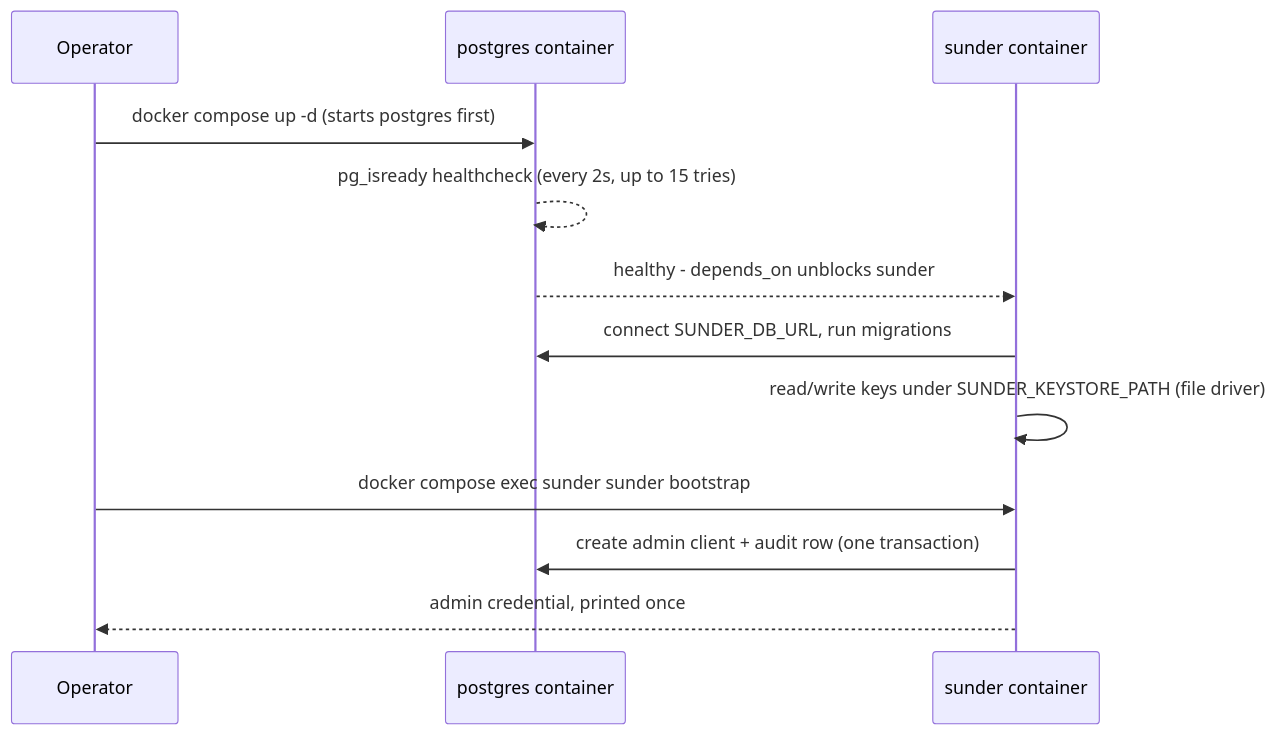
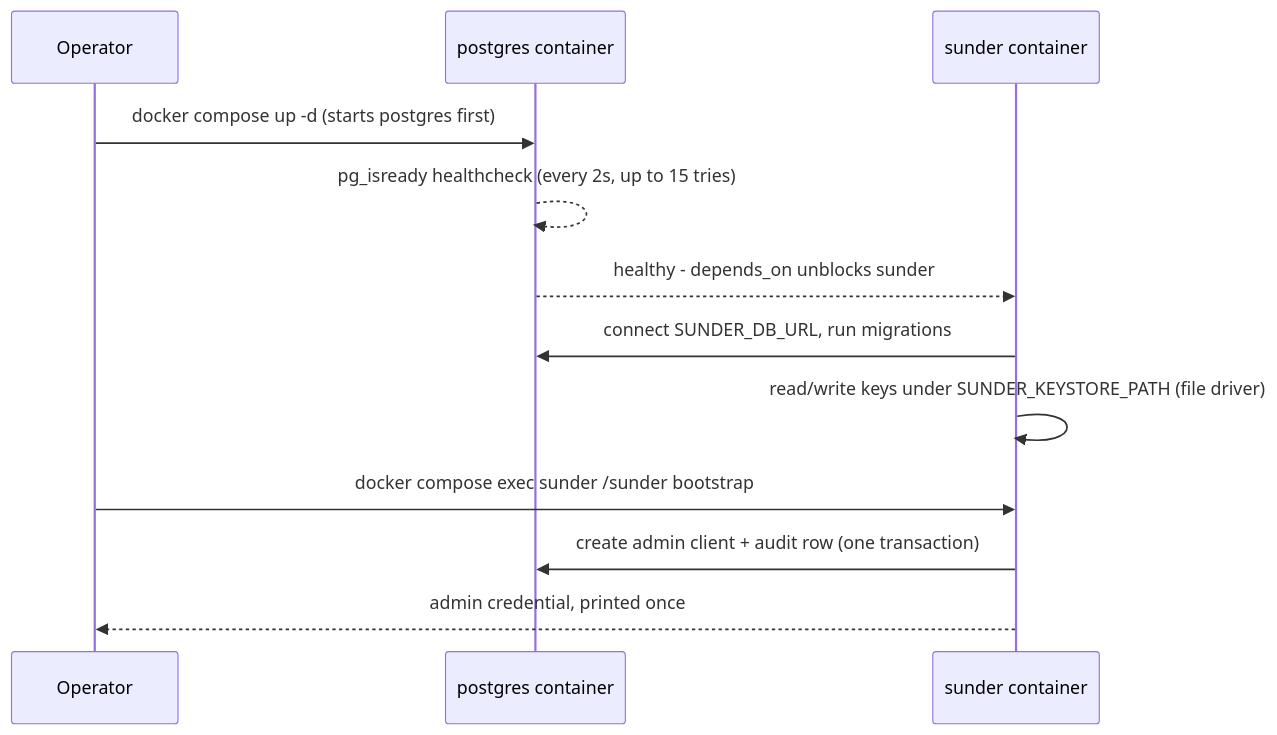
One commit to fvisic/sunder changed the diagram in docs-site/docs/install/docker-compose.md. Above: the diagram before and after it, drawn with Mermaid. The commit also changed other lines of this file and 13 other files, not shown here.

Commit message:
P3.6 docs site skeleton: MkDocs Material with 30 guide pages for every shipped feature, mermaid diagram plus runnable steps plus security notes per page, strict-mode CI build so the guides cannot rot

````diff
--- a/docs-site/docs/install/docker-compose.md
+++ b/docs-site/docs/install/docker-compose.md
@@ -7,14 +7,14 @@
 ```mermaid
 sequenceDiagram
     participant Op as Operator
     participant PG as postgres container
     participant SD as sunder container
     Op->>PG: docker compose up -d (starts postgres first)
     PG-->>PG: pg_isready healthcheck (every 2s, up to 15 tries)
     PG-->>SD: healthy - depends_on unblocks sunder
     SD->>PG: connect SUNDER_DB_URL, run migrations
     SD->>SD: read/write keys under SUNDER_KEYSTORE_PATH (file driver)
-    Op->>SD: docker compose exec sunder sunder bootstrap
+    Op->>SD: docker compose exec sunder /sunder bootstrap
     SD->>PG: create admin client + audit row (one transaction)
     SD-->>Op: admin credential, printed once
 ```
````
